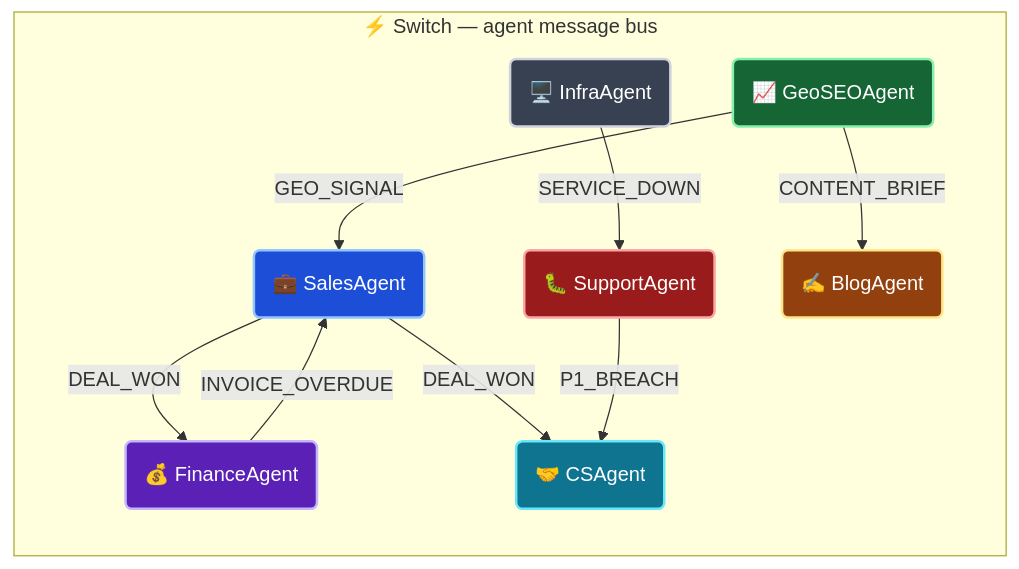
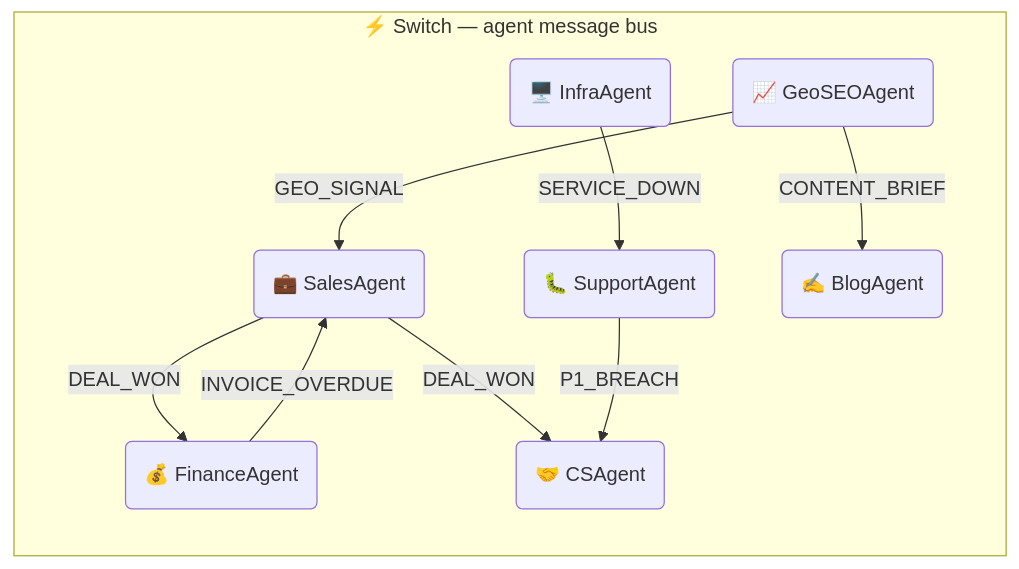
The diagram in README.md (deveshchandiramani2006/switch-hackathon), drawn with Mermaid before and after one commit. The commit also changed other lines of this file and 121 other files, not shown here.

````diff
--- a/README.md
+++ b/README.md
@@ -90,27 +90,19 @@
 ```mermaid
 flowchart LR
-    classDef sales   fill:#1d4ed8,stroke:#93c5fd,color:#fff,stroke-width:2px
-    classDef finance fill:#5b21b6,stroke:#c4b5fd,color:#fff,stroke-width:2px
-    classDef cs      fill:#0e7490,stroke:#67e8f9,color:#fff,stroke-width:2px
-    classDef support fill:#991b1b,stroke:#fca5a5,color:#fff,stroke-width:2px
-    classDef geo     fill:#166534,stroke:#86efac,color:#fff,stroke-width:2px
-    classDef blog    fill:#92400e,stroke:#fde68a,color:#fff,stroke-width:2px
-    classDef infra   fill:#374151,stroke:#d1d5db,color:#fff,stroke-width:2px
-
     subgraph sw["⚡ Switch — agent message bus"]
-        SA("💼 SalesAgent"):::sales
-        FA("💰 FinanceAgent"):::finance
-        CA("🤝 CSAgent"):::cs
-        SUA("🐛 SupportAgent"):::support
-        GEO("📈 GeoSEOAgent"):::geo
-        BA("✍️ BlogAgent"):::blog
-        IA("🖥️ InfraAgent"):::infra
+        SA("💼 SalesAgent")
+        FA("💰 FinanceAgent")
+        CA("🤝 CSAgent")
+        SUA("🐛 SupportAgent")
+        GEO("📈 GeoSEOAgent")
+        BA("✍️ BlogAgent")
+        IA("🖥️ InfraAgent")
     end
 
     SA  -->|DEAL_WON| FA & CA
     FA  -->|INVOICE_OVERDUE| SA
     SUA -->|P1_BREACH| CA
     IA  -->|SERVICE_DOWN| SUA
     GEO -->|CONTENT_BRIEF| BA
     GEO -->|GEO_SIGNAL| SA
 ```
````
